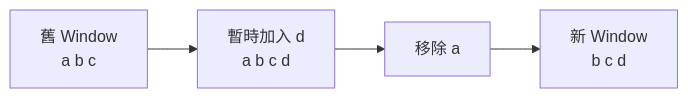
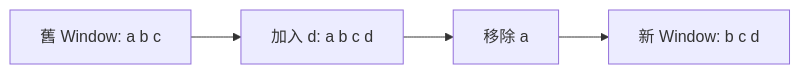
Before and after one commit to davidchen0970/algorithm_note: the sixth of 12 diagrams in 03_core_patterns/13_sliding_window.md, drawn with Mermaid. The commit also changed other lines of this file, not shown here.

````diff
--- a/03_core_patterns/13_sliding_window.md
+++ b/03_core_patterns/13_sliding_window.md
@@ -274,6 +314,6 @@
 ```mermaid
 flowchart LR
-    O[舊 Window<br/>a b c] --> P[暫時加入 d<br/>a b c d]
-    P --> Q[移除 a]
-    Q --> N[新 Window<br/>b c d]
+    O["舊 Window: a b c"] --> P["加入 d: a b c d"]
+    P --> Q["移除 a"]
+    Q --> N["新 Window: b c d"]
 ```
````
